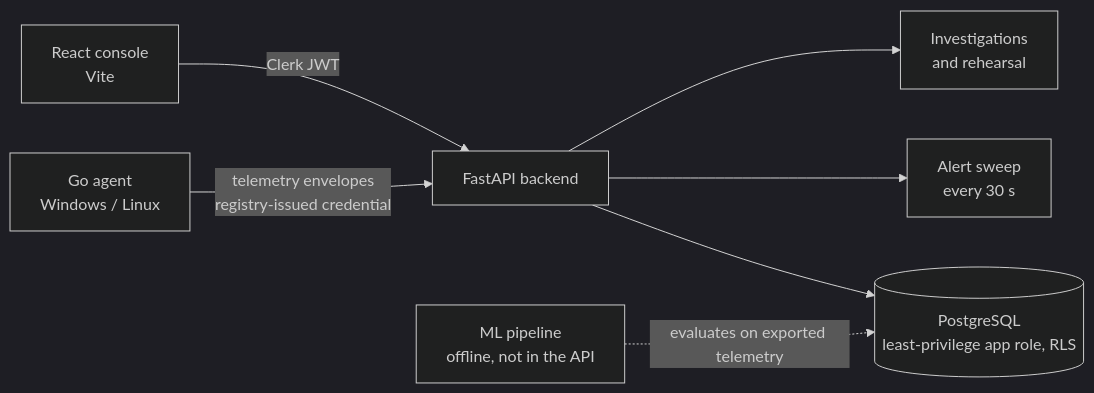
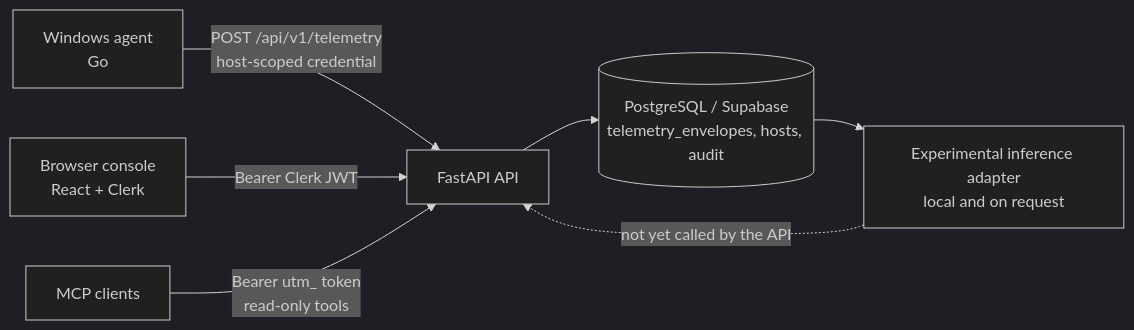
One commit to redcode333/UptimeTrace changed the first of 2 diagrams in README.md. Above: the diagram before and after it, drawn with Mermaid (dark theme). The commit also changed other lines of this file and 15 other files, not shown here.

````diff
--- a/README.md
+++ b/README.md
@@ -22,9 +90,9 @@
 ```mermaid
 flowchart LR
-    A[Go agent<br/>Windows / Linux] -- telemetry envelopes<br/>registry-issued credential --> B[FastAPI backend]
-    B --> C[(PostgreSQL<br/>least-privilege app role, RLS)]
-    B --> D[Alert sweep<br/>every 30 s]
-    B --> E[Investigations<br/>and rehearsal]
-    F[React console<br/>Vite] -- Clerk JWT --> B
-    G[ML pipeline<br/>offline, not in the API] -. evaluates on exported telemetry .-> C
+    A[Windows agent<br/>Go] -- "POST /api/v1/telemetry<br/>host-scoped credential" --> B[FastAPI API]
+    B --> C[(PostgreSQL / Supabase<br/>telemetry_envelopes, hosts, audit)]
+    D[Browser console<br/>React + Clerk] -- "Bearer Clerk JWT" --> B
+    E[MCP clients] -- "Bearer utm_ token<br/>read-only tools" --> B
+    C --> F[Experimental inference adapter<br/>local and on request]
+    F -. "not yet called by the API" .-> B
 ```
````
